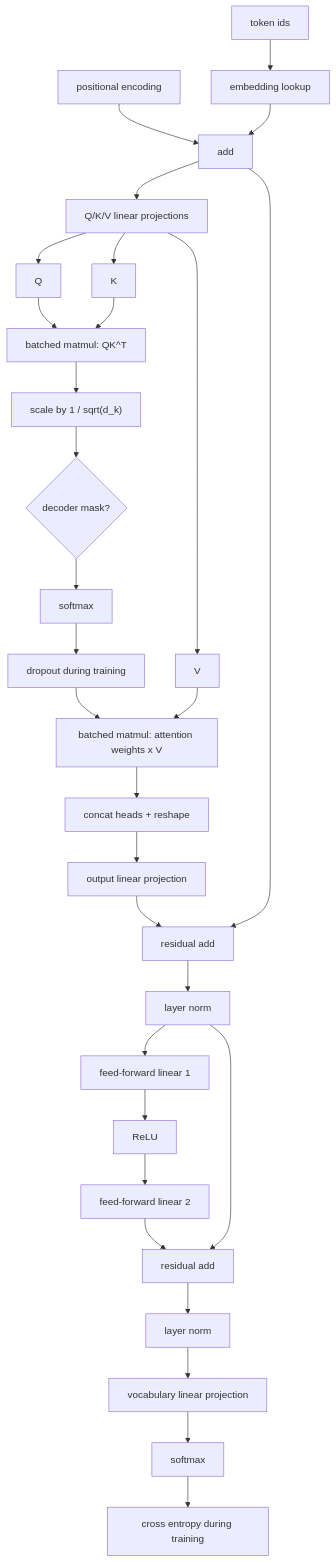
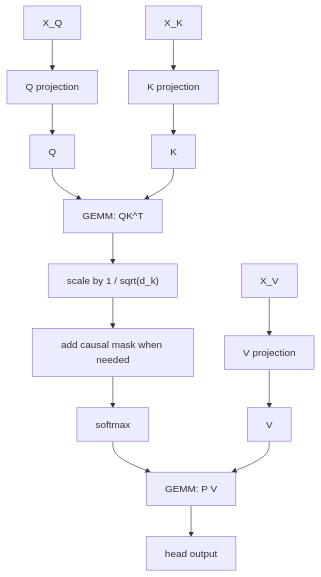
The second of 3 diagrams in papers/attention_is_all_you_need/transformer_algorithm_and_cuda.md (Faione/notebook), drawn with Mermaid before and after one commit. The commit also changed other lines of this file and 6 other files, not shown here.

````diff
--- a/papers/attention_is_all_you_need/transformer_algorithm_and_cuda.md
+++ b/papers/attention_is_all_you_need/transformer_algorithm_and_cuda.md
@@ -127,37 +111,17 @@
 ```mermaid
 flowchart TD
-    TOK["token ids"] --> EMB["embedding lookup"]
-    POS["positional encoding"] --> ADD_POS["add"]
-    EMB --> ADD_POS
-    ADD_POS --> QKV["Q/K/V linear projections"]
-
+    XQ["X_Q"] --> QKV["Q projection"]
+    XK["X_K"] --> KKV["K projection"]
+    XV["X_V"] --> VKV["V projection"]
     QKV --> Q["Q"]
-    QKV --> K["K"]
-    QKV --> V["V"]
-
-    Q --> SCORE["batched matmul: QK^T"]
+    KKV --> K["K"]
+    VKV --> V["V"]
+    Q --> SCORE["GEMM: QK^T"]
     K --> SCORE
     SCORE --> SCALE["scale by 1 / sqrt(d_k)"]
-    SCALE --> MASK{"decoder mask?"}
-    MASK --> ATT_SM["softmax"]
-    ATT_SM --> ATT_DROP["dropout during training"]
-    ATT_DROP --> ATT_OUT["batched matmul: attention weights x V"]
-    V --> ATT_OUT
-
-    ATT_OUT --> HEADS["concat heads + reshape"]
-    HEADS --> OUT_PROJ["output linear projection"]
-    OUT_PROJ --> RES1["residual add"]
-    ADD_POS --> RES1
-    RES1 --> LN1["layer norm"]
-
-    LN1 --> FFN1["feed-forward linear 1"]
-    FFN1 --> ACT["ReLU"]
-    ACT --> FFN2["feed-forward linear 2"]
-    FFN2 --> RES2["residual add"]
-    LN1 --> RES2
-    RES2 --> LN2["layer norm"]
-
-    LN2 --> LOGITS["vocabulary linear projection"]
-    LOGITS --> PROB["softmax"]
-    PROB --> LOSS["cross entropy during training"]
+    SCALE --> MASK["add causal mask when needed"]
+    MASK --> SM["softmax"]
+    SM --> PV["GEMM: P V"]
+    V --> PV
+    PV --> OUT["head output"]
 ```
````
